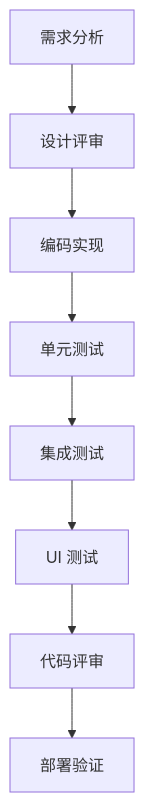
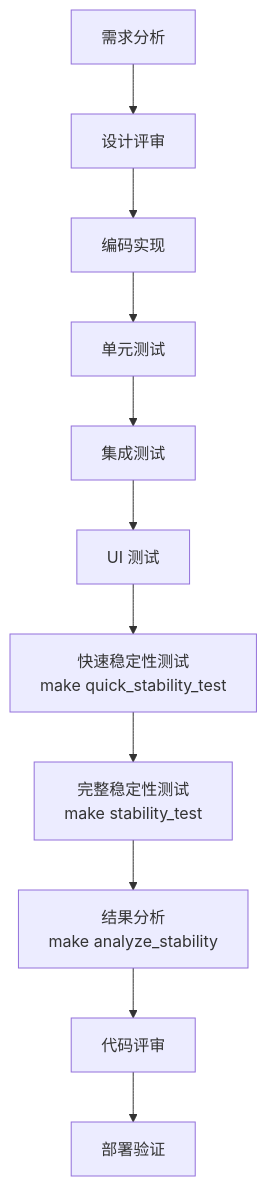
Before and after one commit to Drunk552/SmartAttendance: the ninth of 9 diagrams in .qoder/repowiki/zh/content/开发指南/开发指南.md, drawn with Mermaid. The commit also changed other lines of this file and 26 other files, not shown here.

````diff
--- a/.qoder/repowiki/zh/content/开发指南/开发指南.md
+++ b/.qoder/repowiki/zh/content/开发指南/开发指南.md
@@ -403,10 +515,13 @@
 ```mermaid
 flowchart TD
 Req["需求分析"] --> Design["设计评审"]
 Design --> Impl["编码实现"]
 Impl --> UT["单元测试"]
 UT --> IT["集成测试"]
 IT --> UIT["UI 测试"]
-UIT --> Review["代码评审"]
+UIT --> QuickTest["快速稳定性测试<br/>make quick_stability_test"]
+QuickTest --> FullTest["完整稳定性测试<br/>make stability_test"]
+FullTest --> Analyze["结果分析<br/>make analyze_stability"]
+Analyze --> Review["代码评审"]
 Review --> Deploy["部署验证"]
 ```
````
